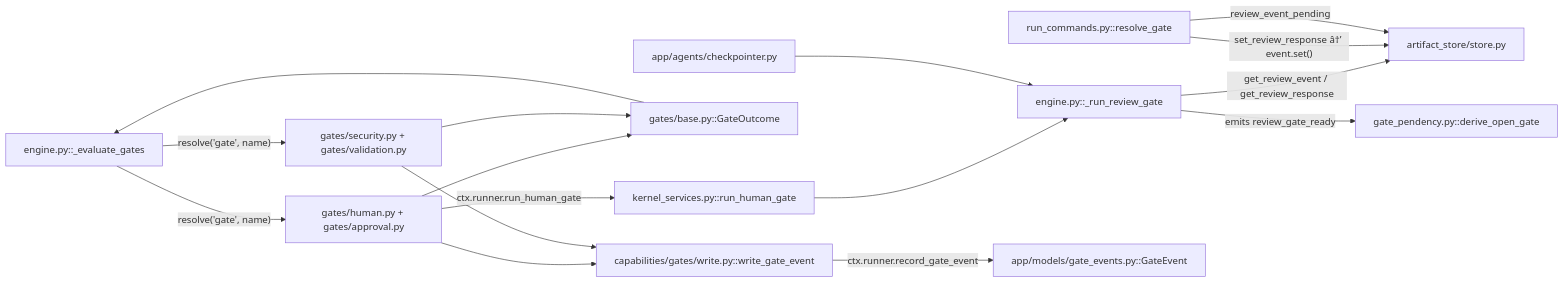
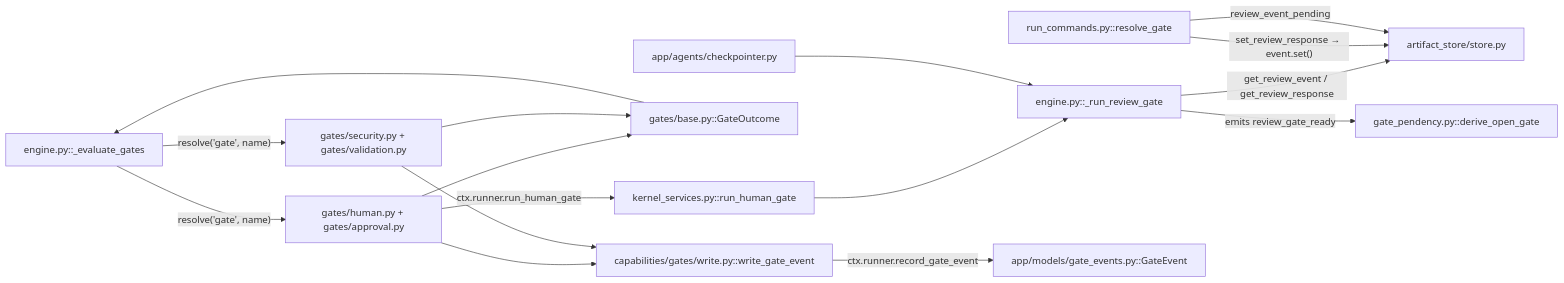
Diagram 11 of 16 in .knowledge/ARCHITECTURE.md (prateek-sinha7/IdeaFlowAI), drawn with Mermaid before and after one commit. The commit also changed other lines of this file and 4493 other files, not shown here.

````diff
--- a/.knowledge/ARCHITECTURE.md
+++ b/.knowledge/ARCHITECTURE.md
@@ -346,31 +353,31 @@
 ```mermaid
 flowchart LR
     run_commands["run_commands.py::resolve_gate"]
     store["artifact_store/store.py"]
     evaluate["engine.py::_evaluate_gates"]
     review["engine.py::_run_review_gate"]
     delegate["kernel_services.py::run_human_gate"]
     hitl["gates/human.py + gates/approval.py"]
     policy["gates/security.py + gates/validation.py"]
     base["gates/base.py::GateOutcome"]
     write["capabilities/gates/write.py::write_gate_event"]
     audit["app/models/gate_events.py::GateEvent"]
     pendency["gate_pendency.py::derive_open_gate"]
     checkpointer["app/agents/checkpointer.py"]
 
     evaluate -->|"resolve('gate', name)"| hitl
     evaluate -->|"resolve('gate', name)"| policy
     hitl -->|"ctx.runner.run_human_gate"| delegate
     delegate --> review
     review -->|"get_review_event / get_review_response"| store
-    run_commands -->|"set_review_response â†’ event.set()"| store
+    run_commands -->|"set_review_response → event.set()"| store
     run_commands -->|"review_event_pending"| store
     hitl --> base
     policy --> base
     base --> evaluate
     hitl --> write
     policy --> write
     write -->|"ctx.runner.record_gate_event"| audit
     review -->|"emits review_gate_ready"| pendency
     checkpointer --> review
 ```
````
